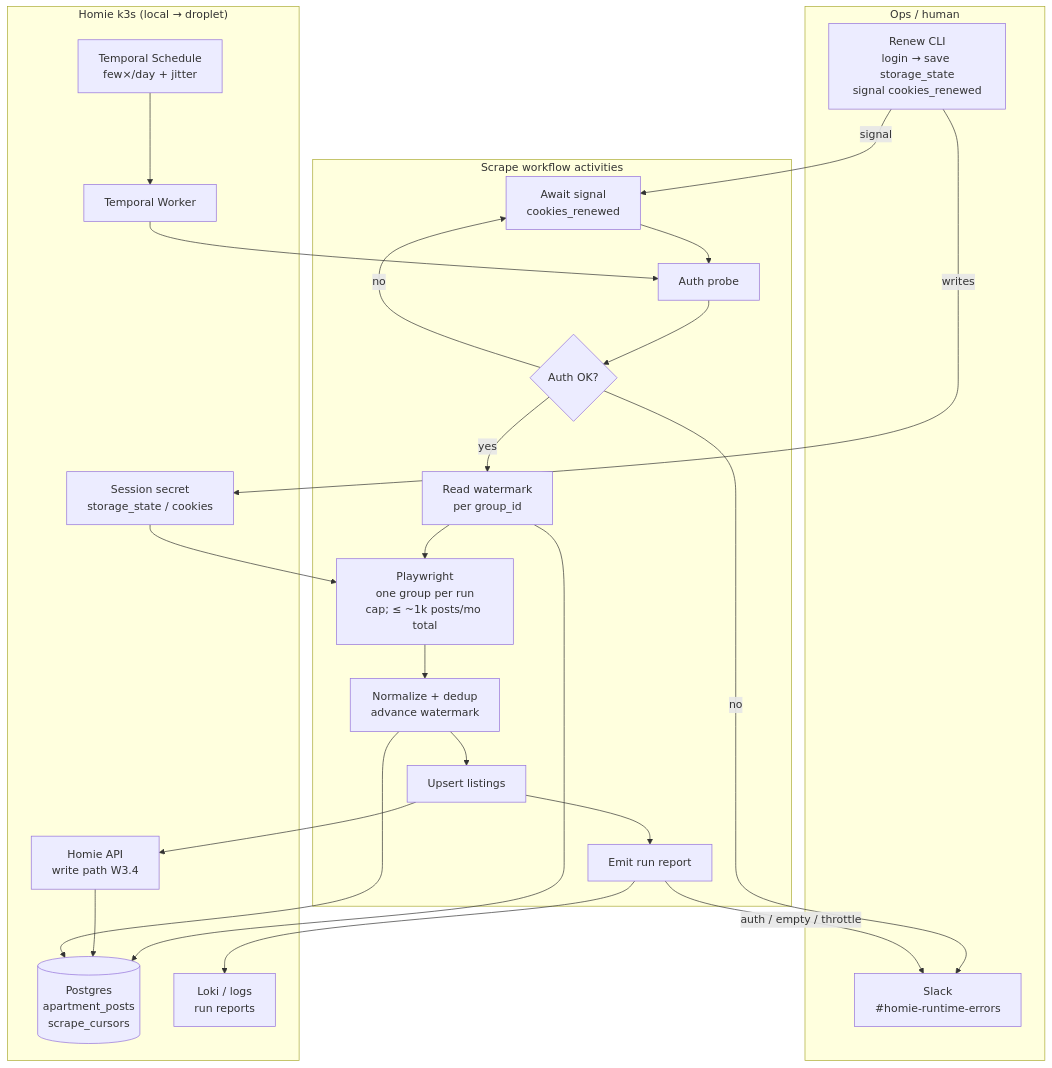
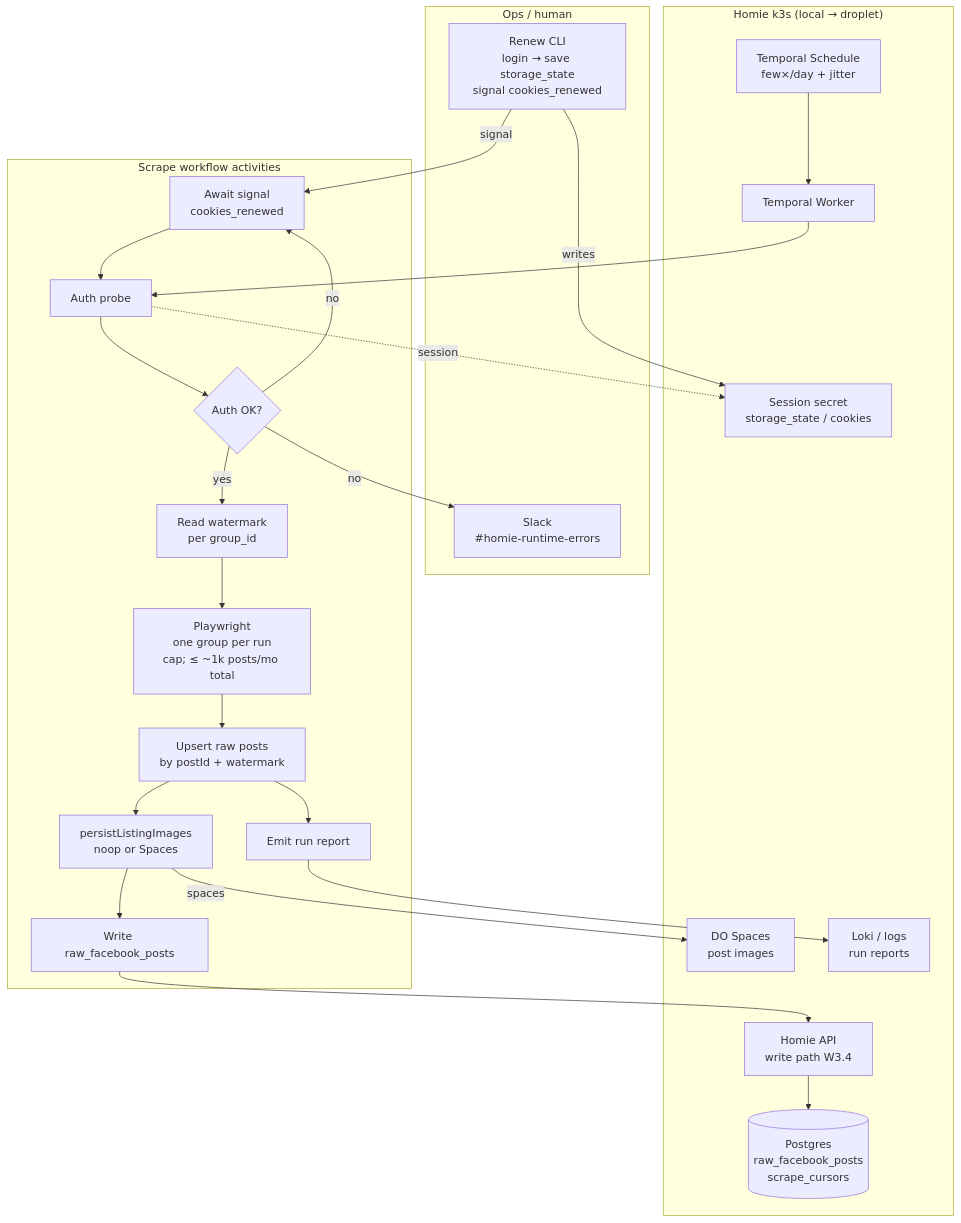
One commit to Galz648/Homie changed the diagram in docs/workstreams.md. Above: the diagram before and after it, drawn with Mermaid. The commit also changed other lines of this file and 38 other files, not shown here.

First line of the commit message:
Replace apartment_posts with raw_facebook_posts and wire Spaces uploads.

````diff
--- a/docs/workstreams.md
+++ b/docs/workstreams.md
@@ -179,48 +180,49 @@
 ```mermaid
 flowchart TB
   subgraph ops["Ops / human"]
     Renew["Renew CLI<br/>login → save storage_state<br/>signal cookies_renewed"]
     Slack["Slack<br/>#homie-runtime-errors"]
   end
 
   subgraph k3s["Homie k3s (local → droplet)"]
     Sched["Temporal Schedule<br/>few×/day + jitter"]
     TW["Temporal Worker"]
     Secret["Session secret<br/>storage_state / cookies"]
     API["Homie API<br/>write path W3.4"]
-    DB[("Postgres<br/>apartment_posts<br/>scrape_cursors")]
+    DB[("Postgres<br/>raw_facebook_posts<br/>scrape_cursors")]
+    Spaces["DO Spaces<br/>post images"]
     Loki["Loki / logs<br/>run reports"]
   end
 
   subgraph activities["Scrape workflow activities"]
     Auth["Auth probe"]
     Wait{"Auth OK?"}
     Park["Await signal<br/>cookies_renewed"]
     Cursor["Read watermark<br/>per group_id"]
     PW["Playwright<br/>one group per run<br/>cap; ≤ ~1k posts/mo total"]
-    Dedup["Normalize + dedup<br/>advance watermark"]
-    Write["Upsert listings"]
+    Dedup["Upsert raw posts<br/>by postId + watermark"]
+    Img["persistListingImages<br/>noop or Spaces"]
+    Write["Write raw_facebook_posts"]
     Report["Emit run report"]
   end
 
   Sched --> TW
   TW --> Auth
   Auth --> Wait
   Wait -->|no| Slack
   Wait -->|no| Park
   Renew -->|writes| Secret
   Renew -->|signal| Park
   Park --> Auth
   Wait -->|yes| Cursor
-  Cursor --> DB
   Cursor --> PW
-  Secret --> PW
   PW --> Dedup
-  Dedup --> Write
+  Dedup --> Img
+  Img -->|spaces| Spaces
+  Img --> Write
   Write --> API
   API --> DB
-  Dedup --> DB
-  Write --> Report
+  Dedup --> Report
   Report --> Loki
-  Report -->|auth / empty / throttle| Slack
+  Auth -.->|session| Secret
 ```
````
